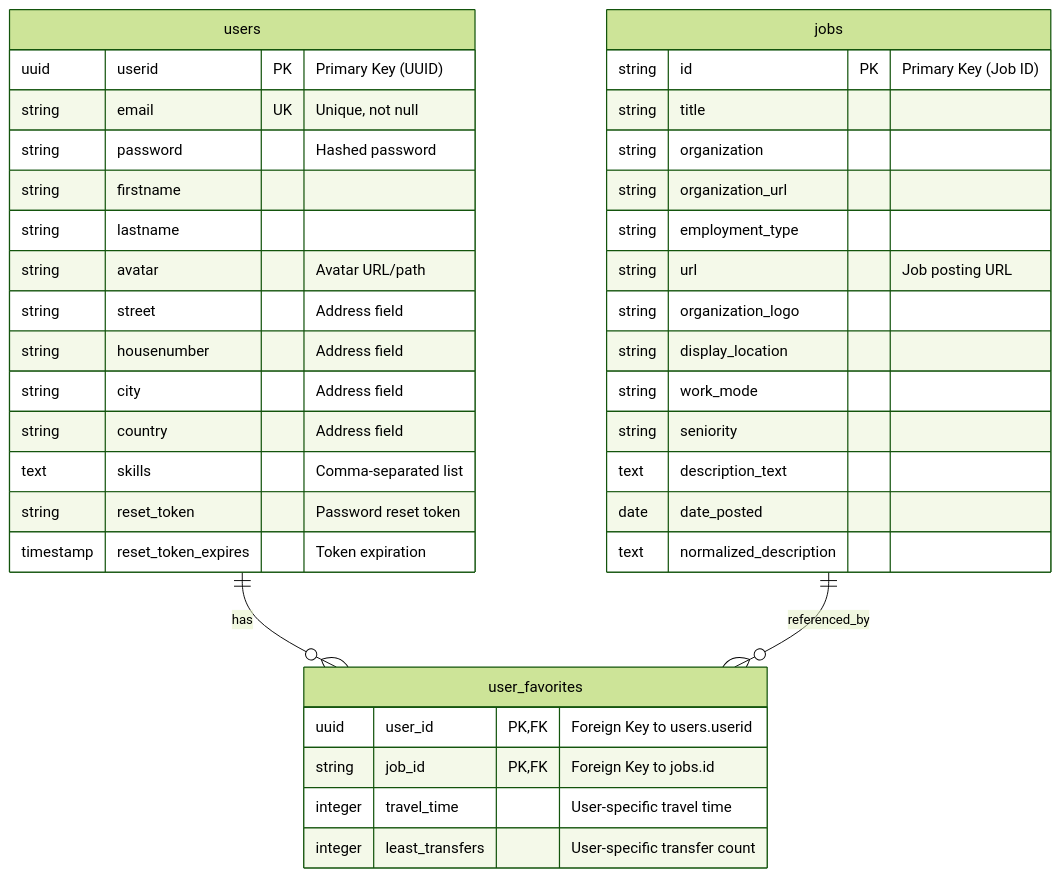
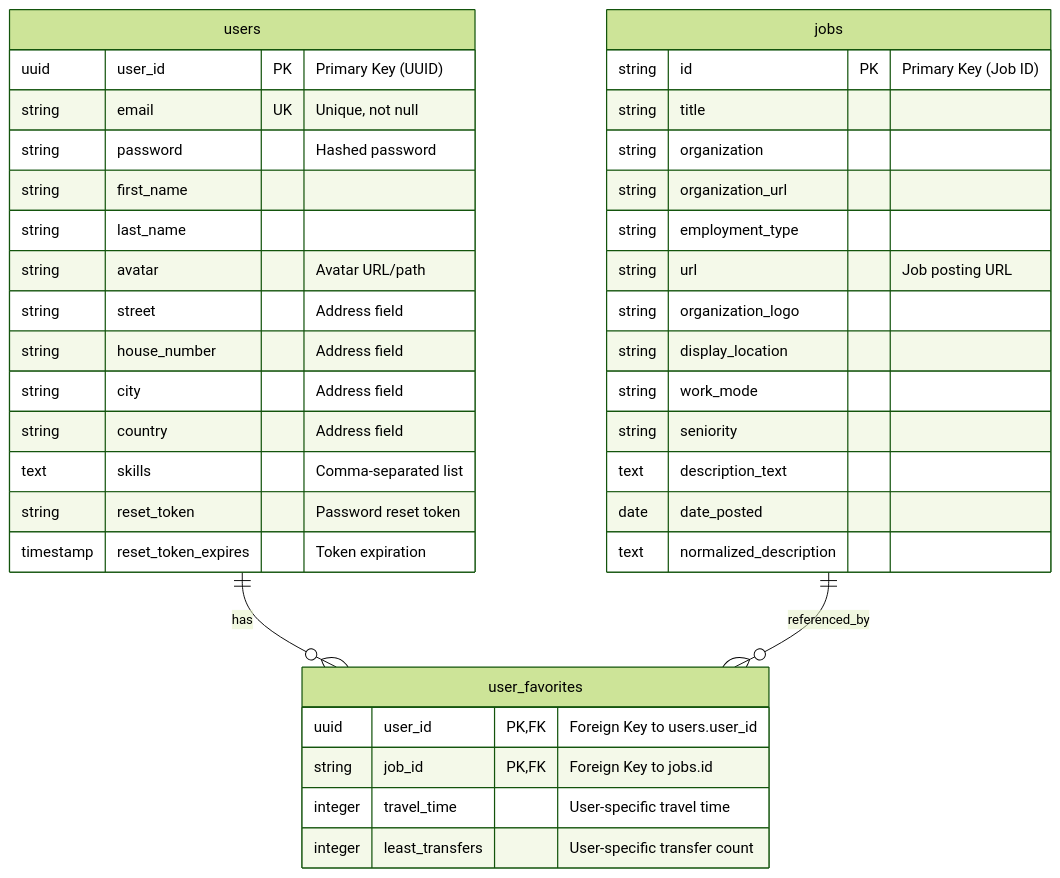
Before and after one commit to YahyaAl-Ademi/2025.10.23-JobCompass: the diagram in documentation/ERD-cursor.md, drawn with Mermaid (forest theme). The commit also changed other lines of this file and 24 other files, not shown here.

````diff
--- a/documentation/ERD-cursor.md
+++ b/documentation/ERD-cursor.md
@@ -9,44 +9,44 @@
 ```mermaid
 erDiagram
     users ||--o{ user_favorites : "has"
     jobs ||--o{ user_favorites : "referenced_by"
 
     users {
-        uuid userid PK "Primary Key (UUID)"
+        uuid user_id PK "Primary Key (UUID)"
         string email UK "Unique, not null"
         string password "Hashed password"
-        string firstname
-        string lastname
+        string first_name
+        string last_name
         string avatar "Avatar URL/path"
         string street "Address field"
-        string housenumber "Address field"
+        string house_number "Address field"
         string city "Address field"
         string country "Address field"
         text skills "Comma-separated list"
         string reset_token "Password reset token"
         timestamp reset_token_expires "Token expiration"
     }
 
     jobs {
         string id PK "Primary Key (Job ID)"
         string title
         string organization
         string organization_url
         string employment_type
         string url "Job posting URL"
         string organization_logo
         string display_location
         string work_mode
         string seniority
         text description_text
         date date_posted
         text normalized_description
     }
 
     user_favorites {
-        uuid user_id PK,FK "Foreign Key to users.userid"
+        uuid user_id PK,FK "Foreign Key to users.user_id"
         string job_id PK,FK "Foreign Key to jobs.id"
         integer travel_time "User-specific travel time"
         integer least_transfers "User-specific transfer count"
     }
 ```
````
